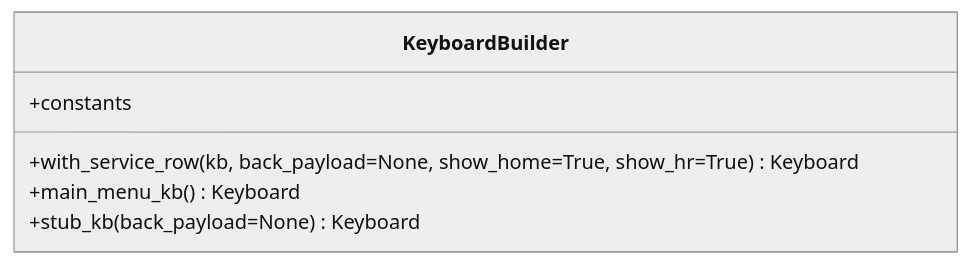
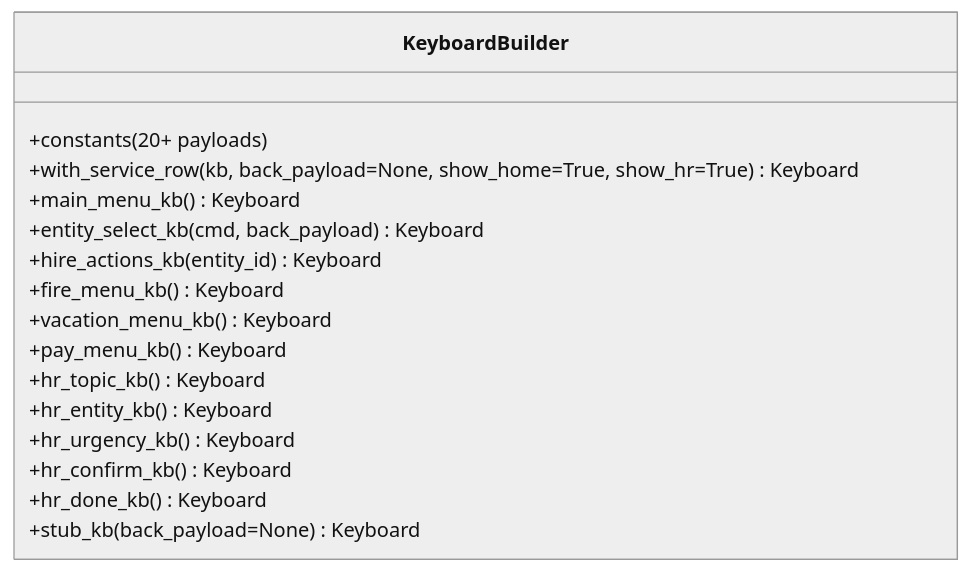
The third of 10 diagrams in .qoder/repowiki/en/content/Keyboard System.md (ognelis/cafetera_hr_bot), drawn with Mermaid (neutral theme) before and after one commit. The commit also changed other lines of this file and 15 other files, not shown here.

````diff
--- a/.qoder/repowiki/en/content/Keyboard System.md
+++ b/.qoder/repowiki/en/content/Keyboard System.md
@@ -129,9 +162,19 @@
 ```mermaid
 classDiagram
 class KeyboardBuilder {
-+constants
++constants (20+ payloads)
 +with_service_row(kb, back_payload=None, show_home=True, show_hr=True) Keyboard
 +main_menu_kb() Keyboard
++entity_select_kb(cmd, back_payload) Keyboard
++hire_actions_kb(entity_id) Keyboard
++fire_menu_kb() Keyboard
++vacation_menu_kb() Keyboard
++pay_menu_kb() Keyboard
++hr_topic_kb() Keyboard
++hr_entity_kb() Keyboard
++hr_urgency_kb() Keyboard
++hr_confirm_kb() Keyboard
++hr_done_kb() Keyboard
 +stub_kb(back_payload=None) Keyboard
 }
 ```
````
